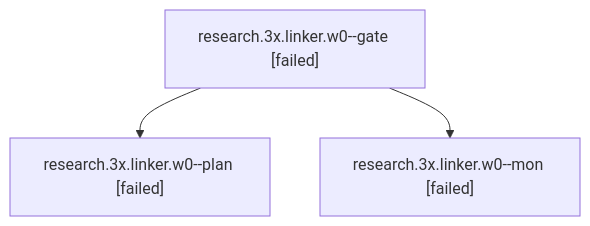
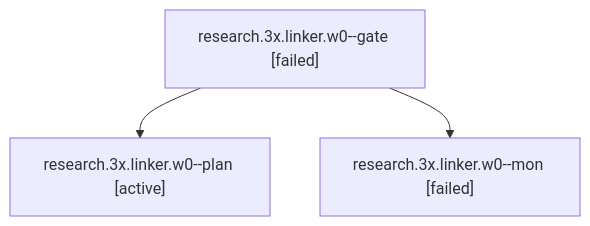
One commit to bobs-org/bob-cli--agents changed the diagram in sessions/bbugyi200.athena.research.3x.linker.w0.md. Above: the diagram before and after it, drawn with Mermaid. The commit also changed other lines of this file and 268 other files, not shown here.

````diff
--- a/sessions/bbugyi200.athena.research.3x.linker.w0.md
+++ b/sessions/bbugyi200.athena.research.3x.linker.w0.md
@@ -9,8 +9,8 @@
 ```mermaid
 flowchart TD
   n0["research.3x.linker.w0--gate [failed]"]
-  n1["research.3x.linker.w0--plan [failed]"]
+  n1["research.3x.linker.w0--plan [active]"]
   n0 --> n1
   n2["research.3x.linker.w0--mon [failed]"]
   n0 --> n2
 ```
````
